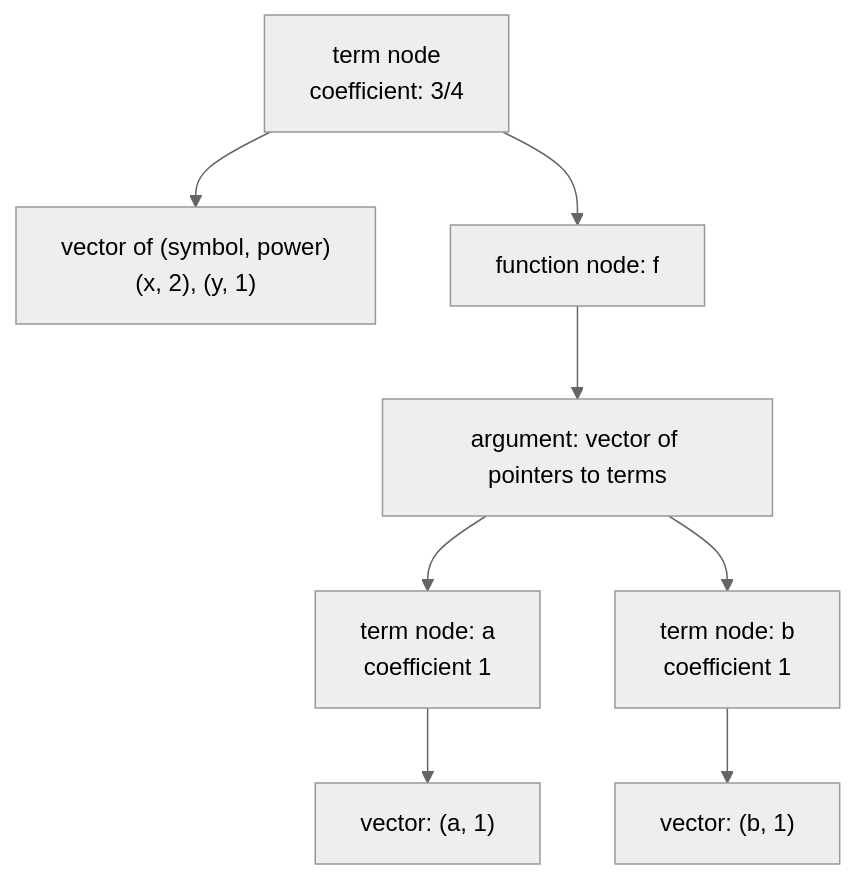
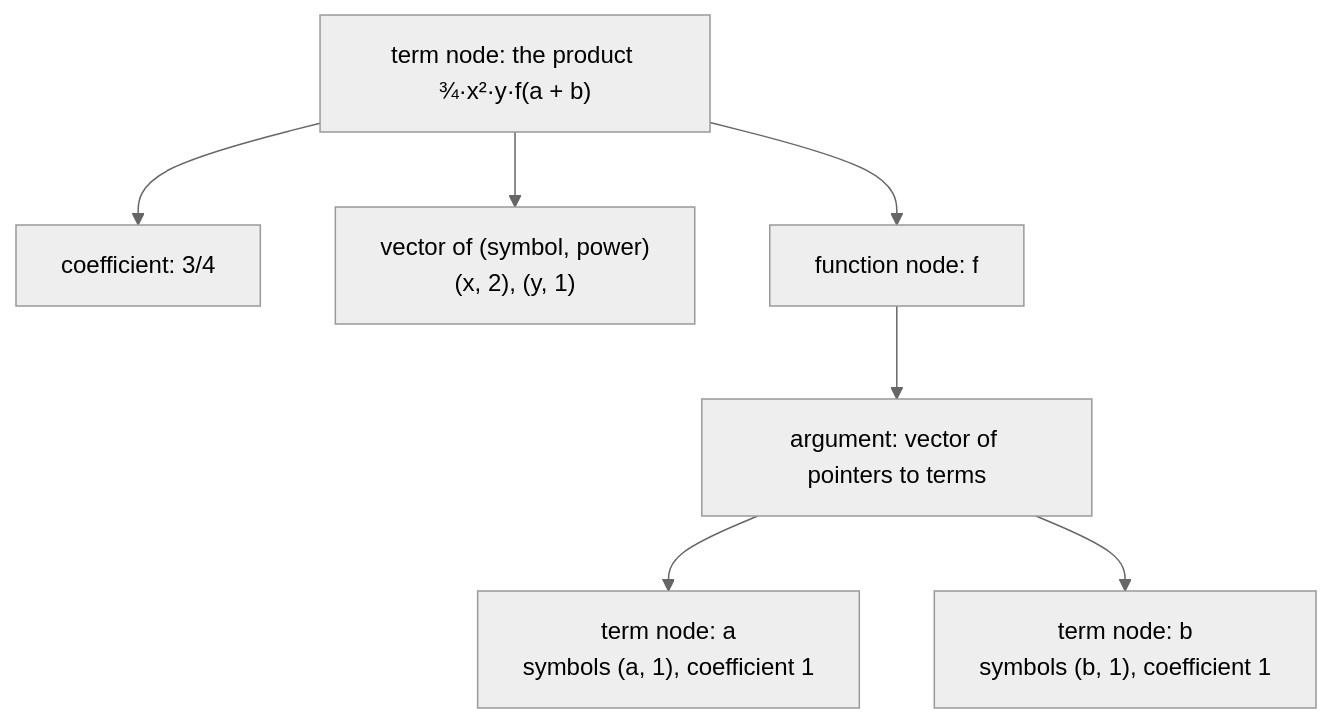
Before and after one commit to thomaswening/Tante: the first of 3 diagrams in docs/spikes/2026-10-21-term-representation.md, drawn with Mermaid (neutral theme). The commit also changed other lines of this file and 7 other files, not shown here.

Commit message:
docs(spikes): clarify the term-representation spike and chart its results

````diff
--- a/docs/spikes/2026-10-21-term-representation.md
+++ b/docs/spikes/2026-10-21-term-representation.md
@@ -44,10 +46,9 @@
 ```mermaid
 flowchart TB
-    T["term node<br/>coefficient: 3/4"] --> S["vector of (symbol, power)<br/>(x, 2), (y, 1)"]
+    T["term node: the product ¾·x²·y·f(a + b)"] --> C0["coefficient: 3/4"]
+    T --> S["vector of (symbol, power)<br/>(x, 2), (y, 1)"]
     T --> F["function node: f"]
     F --> A["argument: vector of pointers to terms"]
-    A --> Ta["term node: a<br/>coefficient 1"]
-    A --> Tb["term node: b<br/>coefficient 1"]
-    Ta --> Sa["vector: (a, 1)"]
-    Tb --> Sb["vector: (b, 1)"]
+    A --> Ta["term node: a<br/>symbols (a, 1), coefficient 1"]
+    A --> Tb["term node: b<br/>symbols (b, 1), coefficient 1"]
 ```
````
